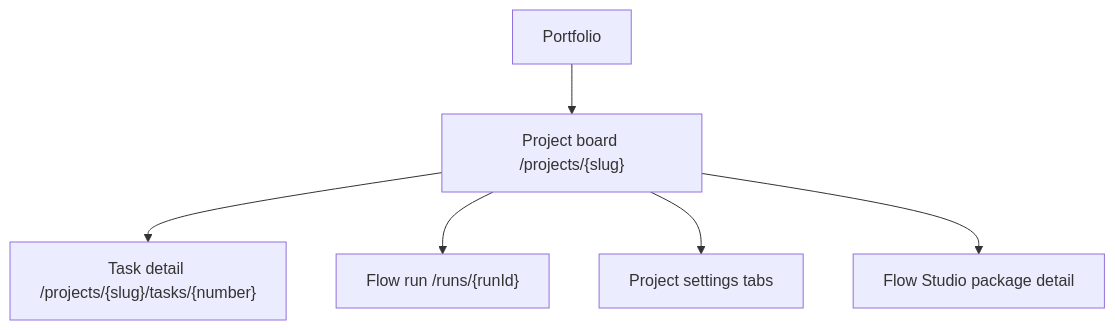
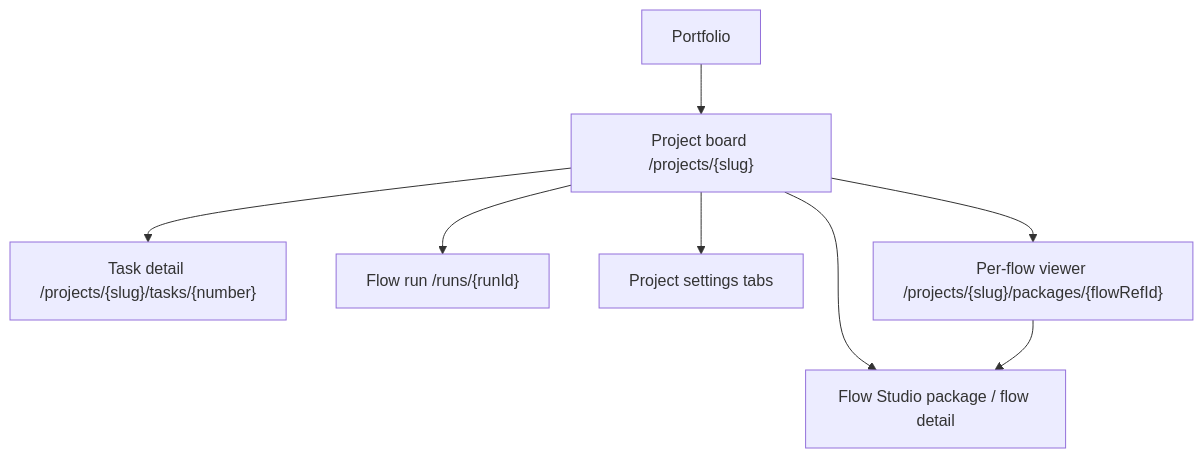
Before and after one commit to maister-dev/maister: the first of 2 diagrams in docs/screens/projects/project-board.md, drawn with Mermaid. The commit also changed other lines of this file and 2 other files, not shown here.

First line of the commit message:
docs(packages): document consolidated Packages tab cards + Studio navigation

````diff
--- a/docs/screens/projects/project-board.md
+++ b/docs/screens/projects/project-board.md
@@ -37,8 +38,10 @@
 ```mermaid
 flowchart TD
     Portfolio["Portfolio"] --> Board["Project board /projects/{slug}"]
     Board --> Task["Task detail /projects/{slug}/tasks/{number}"]
     Board --> Run["Flow run /runs/{runId}"]
     Board --> Settings["Project settings tabs"]
-    Board --> Studio["Flow Studio package detail"]
+    Board --> FlowView["Per-flow viewer /projects/{slug}/packages/{flowRefId}"]
+    Board --> Studio["Flow Studio package / flow detail"]
+    FlowView --> Studio
 ```
````
